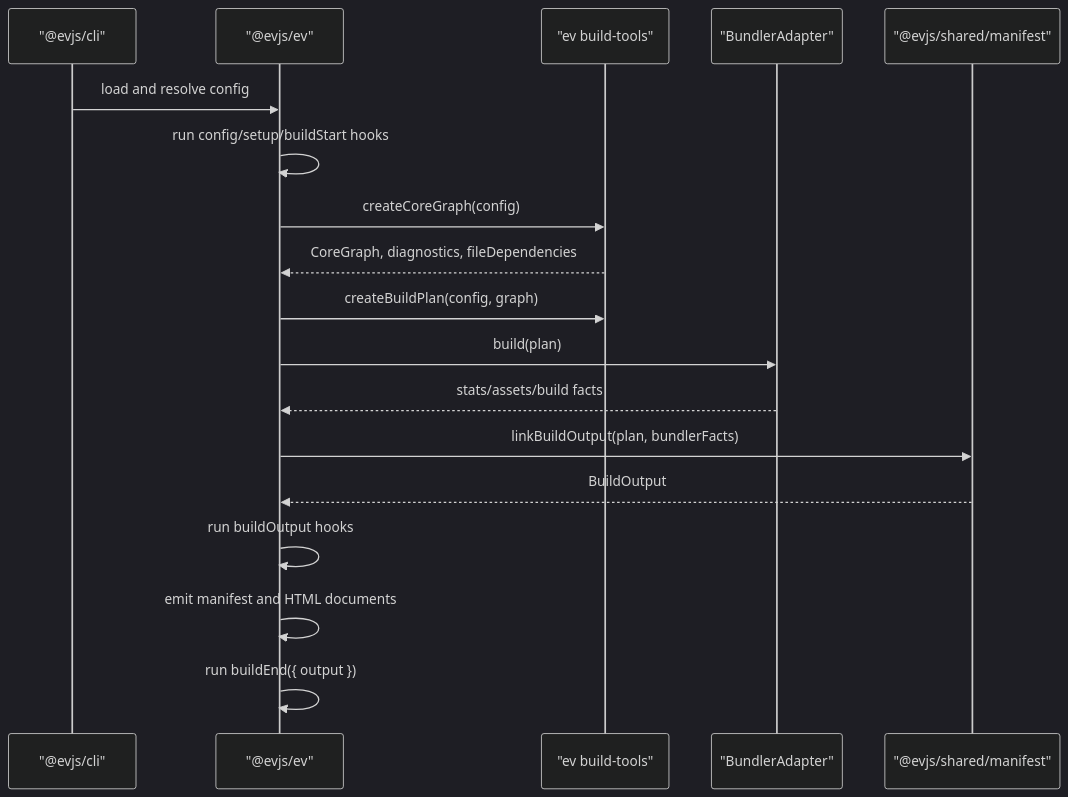
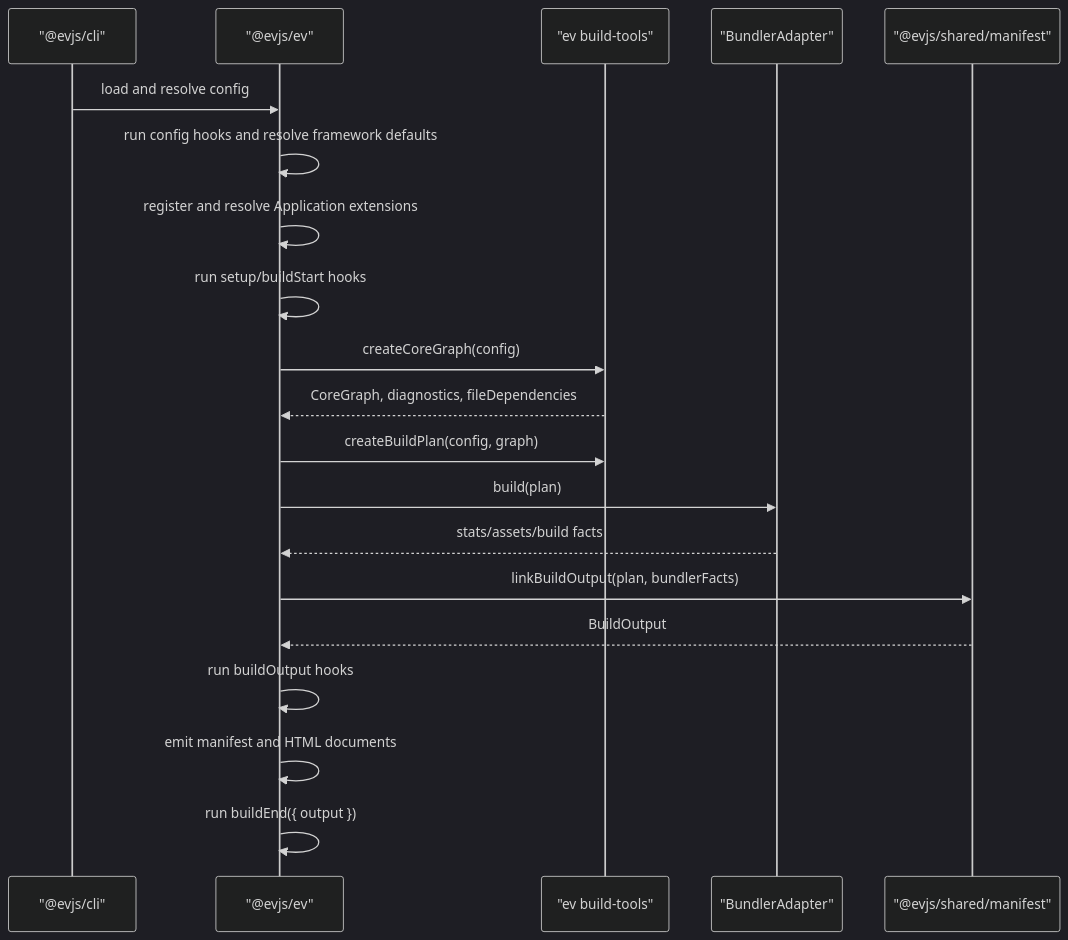
One commit to afx-team/evjs changed the diagram in ARCHITECTURE.md. Above: the diagram before and after it, drawn with Mermaid (dark theme). The commit also changed other lines of this file and 129 other files, not shown here.

````diff
--- a/ARCHITECTURE.md
+++ b/ARCHITECTURE.md
@@ -142,21 +147,23 @@
 ```mermaid
 sequenceDiagram
   participant CLI as "@evjs/cli"
   participant EV as "@evjs/ev"
   participant Tools as "ev build-tools"
   participant Bundler as "BundlerAdapter"
   participant Manifest as "@evjs/shared/manifest"
 
   CLI->>EV: load and resolve config
-  EV->>EV: run config/setup/buildStart hooks
+  EV->>EV: run config hooks and resolve framework defaults
+  EV->>EV: register and resolve Application extensions
+  EV->>EV: run setup/buildStart hooks
   EV->>Tools: createCoreGraph(config)
   Tools-->>EV: CoreGraph, diagnostics, fileDependencies
   EV->>Tools: createBuildPlan(config, graph)
   EV->>Bundler: build(plan)
   Bundler-->>EV: stats/assets/build facts
   EV->>Manifest: linkBuildOutput(plan, bundlerFacts)
   Manifest-->>EV: BuildOutput
   EV->>EV: run buildOutput hooks
   EV->>EV: emit manifest and HTML documents
   EV->>EV: run buildEnd({ output })
 ```
````
